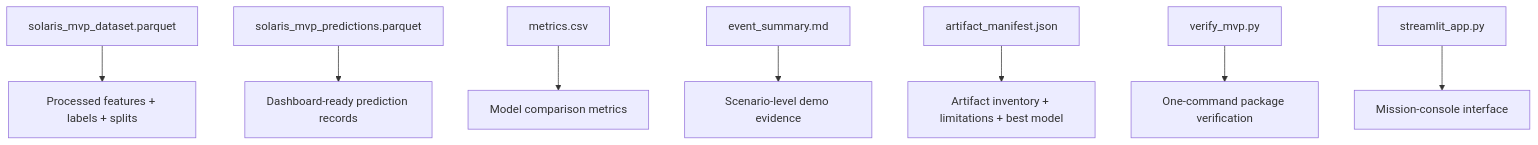
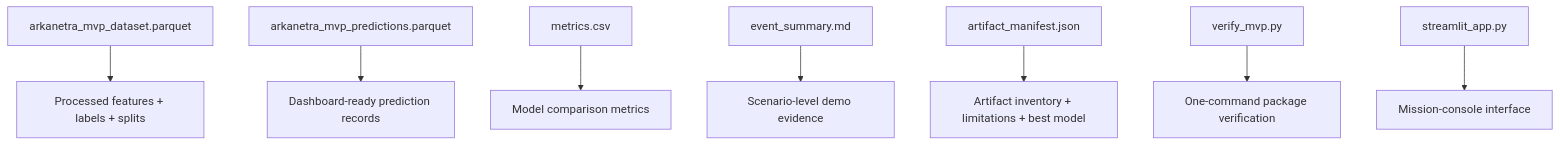
One commit to RavaniRoshan/arka-netra changed the ninth of 13 diagrams in explanation.md. Above: the diagram before and after it, drawn with Mermaid. The commit also changed other lines of this file and 153 other files, not shown here.

````diff
--- a/explanation.md
+++ b/explanation.md
@@ -238,10 +238,10 @@
 ```mermaid
 flowchart TD
-    Dataset["solaris_mvp_dataset.parquet"] --> Meaning1["Processed features + labels + splits"]
-    Predictions["solaris_mvp_predictions.parquet"] --> Meaning2["Dashboard-ready prediction records"]
+    Dataset["arkanetra_mvp_dataset.parquet"] --> Meaning1["Processed features + labels + splits"]
+    Predictions["arkanetra_mvp_predictions.parquet"] --> Meaning2["Dashboard-ready prediction records"]
     Metrics["metrics.csv"] --> Meaning3["Model comparison metrics"]
     EventSummary["event_summary.md"] --> Meaning4["Scenario-level demo evidence"]
     Manifest["artifact_manifest.json"] --> Meaning5["Artifact inventory + limitations + best model"]
     Verify["verify_mvp.py"] --> Meaning6["One-command package verification"]
     Dashboard["streamlit_app.py"] --> Meaning7["Mission-console interface"]
 ```
````
